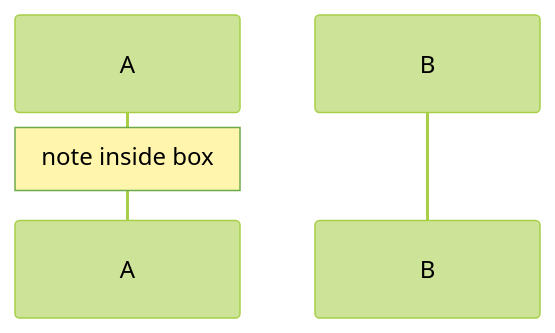
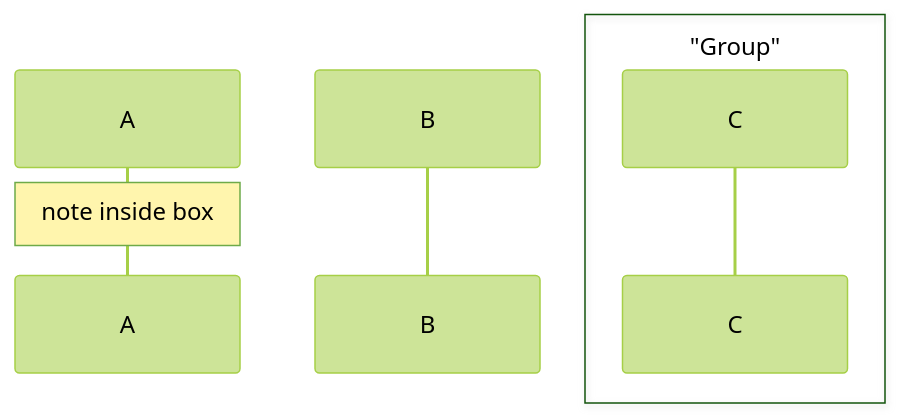
Before and after one commit to probelabs/mermaid-lint: diagram 14 of 28 in test-fixtures/sequence/INVALID_DIAGRAMS.md, drawn with Mermaid (forest theme). The commit also changed other lines of this file and 6 other files, not shown here.

First line of the commit message:
feat(sequence): add SE-BOX-EMPTY error for boxes with no participants

````diff
--- a/test-fixtures/sequence/INVALID_DIAGRAMS.md
+++ b/test-fixtures/sequence/INVALID_DIAGRAMS.md
@@ -610,9 +705,10 @@
 ```mermaid
 sequenceDiagram
     participant A
     participant B
     box "Group"
+        participant C
     end
     Note over A: note inside box
 
 ```
````
